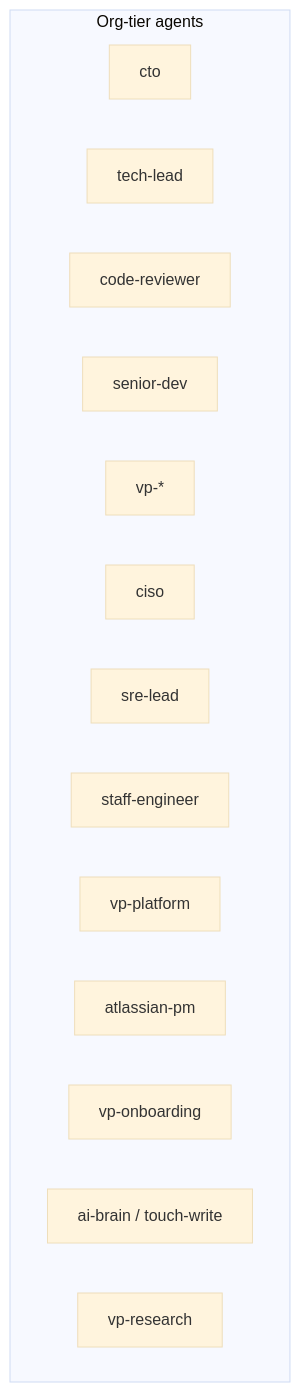
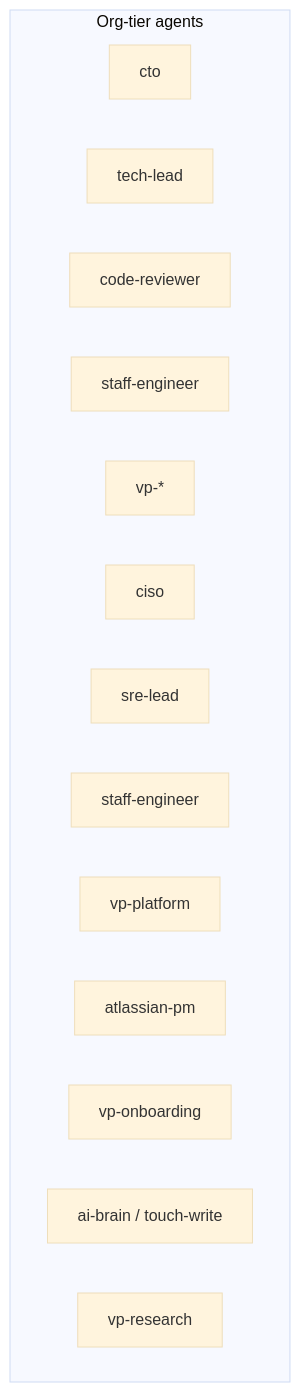
Before and after one commit to akshay-na/dotfiles: the diagram in cursor/.cursor/agents/tech-lead.md, drawn with Mermaid (base theme). The commit also changed other lines of this file and 9 other files, not shown here.

````diff
--- a/cursor/.cursor/agents/tech-lead.md
+++ b/cursor/.cursor/agents/tech-lead.md
@@ -14,18 +14,18 @@
 ```mermaid
 graph TD
   subgraph OrgTier["Org-tier agents"]
     CTO[cto]
     TL[tech-lead]
     CR[code-reviewer]
-    SD[senior-dev]
+    SD[staff-engineer]
     VP[vp-*]
     CISO[ciso]
     SRE[sre-lead]
     STAFF[staff-engineer]
     VPLAT[vp-platform]
     ATLAS[atlassian-pm]
     VPO[vp-onboarding]
     AB[ai-brain / touch-write]
     DOCS[vp-research]
   end
 ```
````
